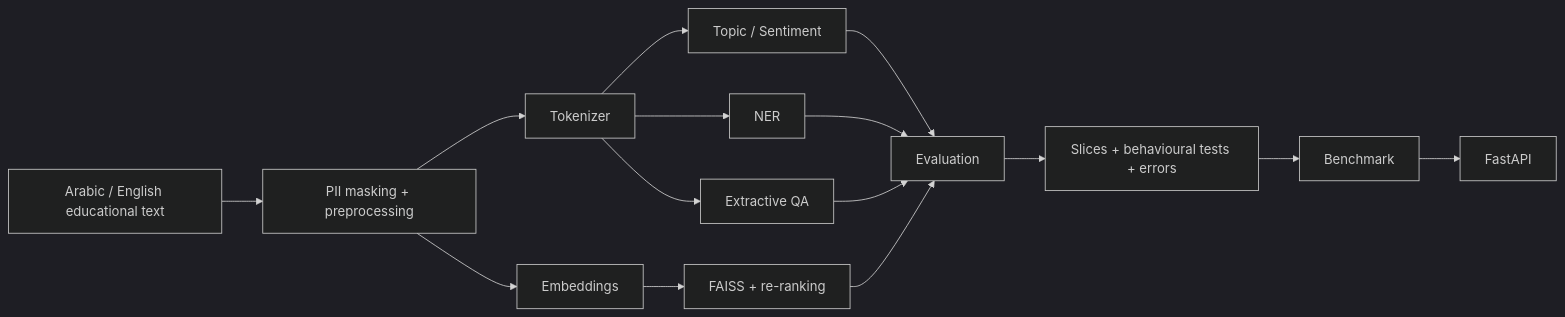
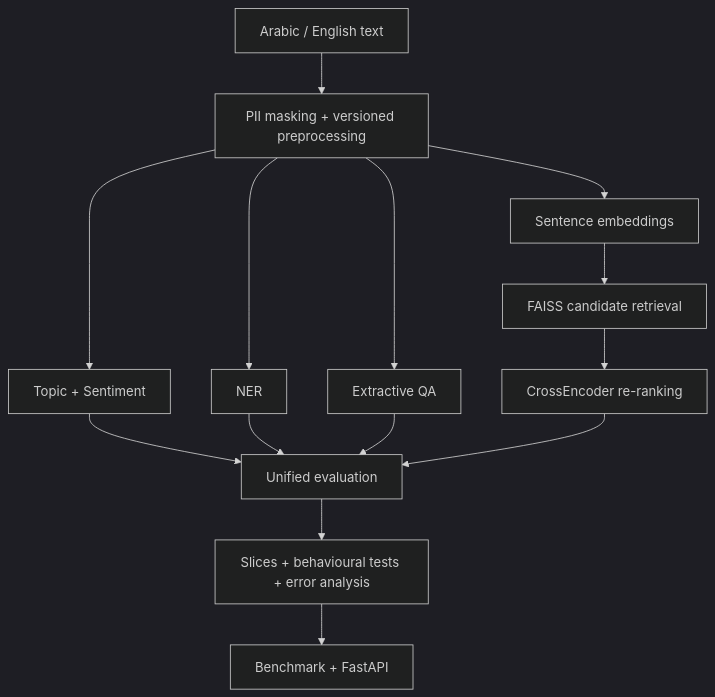
Before and after one commit to Yousef0197/sda_nlp-bayan-capstone: the diagram in README.md, drawn with Mermaid (dark theme). The commit also changed other lines of this file and 8 other files, not shown here.

````diff
--- a/README.md
+++ b/README.md
@@ -179,17 +26,16 @@
 ```mermaid
-flowchart LR
-    A["Arabic / English educational text"] --> B["PII masking + preprocessing"]
-    B --> C["Tokenizer"]
-    C --> D["Topic / Sentiment"]
-    C --> E["NER"]
-    C --> F["Extractive QA"]
-    B --> G["Embeddings"]
-    G --> H["FAISS + re-ranking"]
-    D --> I["Evaluation"]
+flowchart TD
+    A["Arabic / English text"] --> B["PII masking + versioned preprocessing"]
+    B --> C["Topic + Sentiment"]
+    B --> D["NER"]
+    B --> E["Extractive QA"]
+    B --> F["Sentence embeddings"]
+    F --> G["FAISS candidate retrieval"]
+    G --> H["CrossEncoder re-ranking"]
+    C --> I["Unified evaluation"]
+    D --> I
     E --> I
-    F --> I
     H --> I
-    I --> J["Slices + behavioural tests + errors"]
-    J --> K["Benchmark"]
-    K --> L["FastAPI"]
+    I --> J["Slices + behavioural tests + error analysis"]
+    J --> K["Benchmark + FastAPI"]
 ```
````
